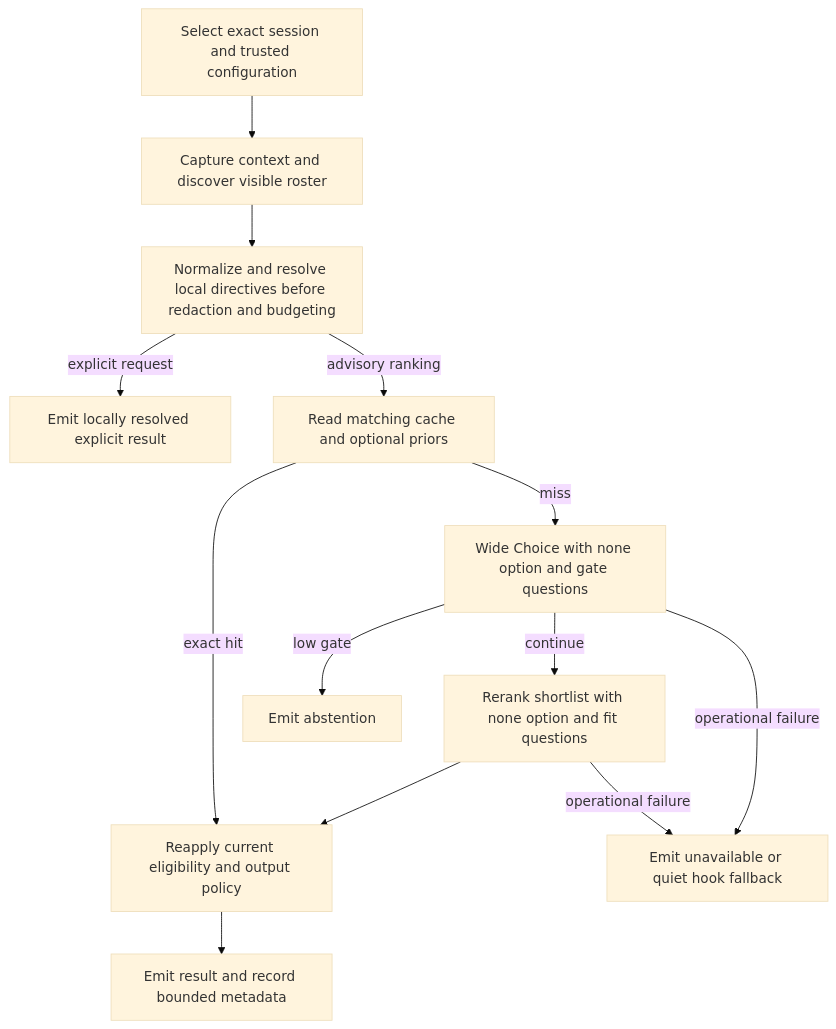
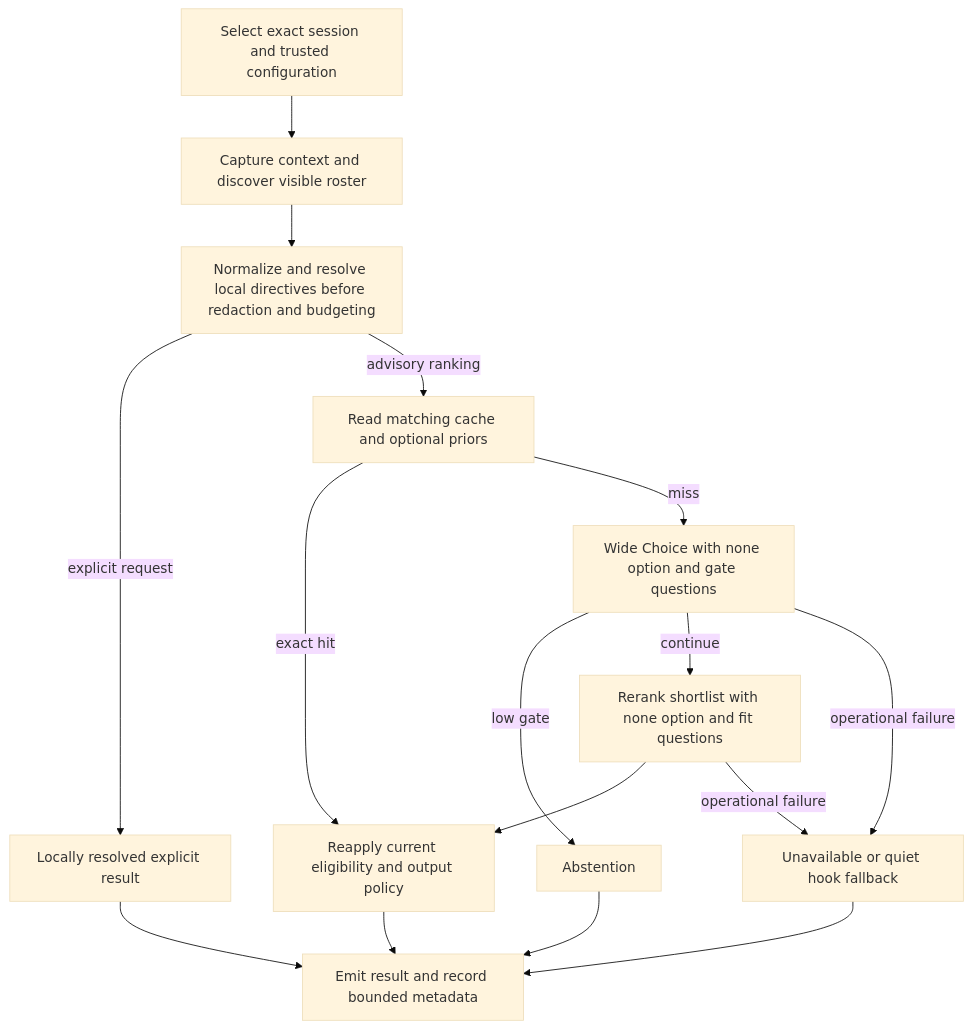
The diagram in COMPREHENSIVE_PLAN_TO_DESIGN_SKILLRANKER.md (Dicklesworthstone/skillranker), drawn with Mermaid (base theme) before and after one commit. The commit also changed other lines of this file, not shown here.

````diff
--- a/COMPREHENSIVE_PLAN_TO_DESIGN_SKILLRANKER.md
+++ b/COMPREHENSIVE_PLAN_TO_DESIGN_SKILLRANKER.md
@@ -36,15 +38,18 @@
 ```mermaid
 flowchart TD
     A[Select exact session and trusted configuration] --> B[Capture context and discover visible roster]
     B --> C[Normalize and resolve local directives before redaction and budgeting]
-    C -->|explicit request| X[Emit locally resolved explicit result]
+    C -->|explicit request| X[Locally resolved explicit result]
     C -->|advisory ranking| D[Read matching cache and optional priors]
     D -->|exact hit| H[Reapply current eligibility and output policy]
     D -->|miss| E[Wide Choice with none option and gate questions]
-    E -->|low gate| N[Emit abstention]
+    E -->|low gate| N[Abstention]
     E -->|continue| F[Rerank shortlist with none option and fit questions]
     F --> H
     H --> I[Emit result and record bounded metadata]
-    E -->|operational failure| U[Emit unavailable or quiet hook fallback]
+    X --> I
+    N --> I
+    E -->|operational failure| U[Unavailable or quiet hook fallback]
     F -->|operational failure| U
+    U --> I
 ```
````
